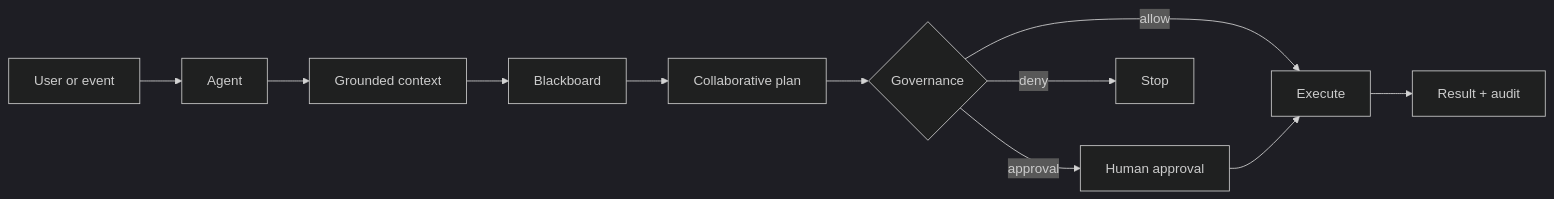
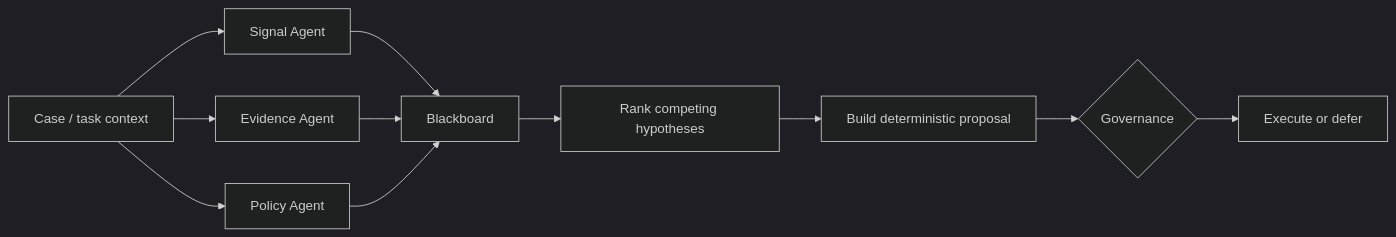
One commit to krukmat/fenix changed the third of 7 diagrams in README.md. Above: the diagram before and after it, drawn with Mermaid (dark theme). The commit also changed other lines of this file, not shown here.

Commit message:
docs(readme): replace duplicate flow with Blackboard agent loop [skip ci]
AI-Agent: GPT-5.6 Sol

````diff
--- a/README.md
+++ b/README.md
@@ -100,13 +103,15 @@
 ```mermaid
 flowchart LR
-    U[User or event] --> A[Agent]
-    A --> K[Grounded context]
-    K --> B[Blackboard]
-    B --> P[Collaborative plan]
-    P --> G{Governance}
-    G -->|allow| T[Execute]
-    G -->|approval| H[Human approval]
-    H --> T
-    G -->|deny| X[Stop]
-    T --> O[Result + audit]
+    CASE[Case / task context] --> S[Signal Agent]
+    CASE --> E[Evidence Agent]
+    CASE --> P[Policy Agent]
+
+    S --> B[Blackboard]
+    E --> B
+    P --> B
+
+    B --> R[Rank competing hypotheses]
+    R --> PLAN[Build deterministic proposal]
+    PLAN --> G{Governance}
+    G --> X[Execute or defer]
 ```
````
